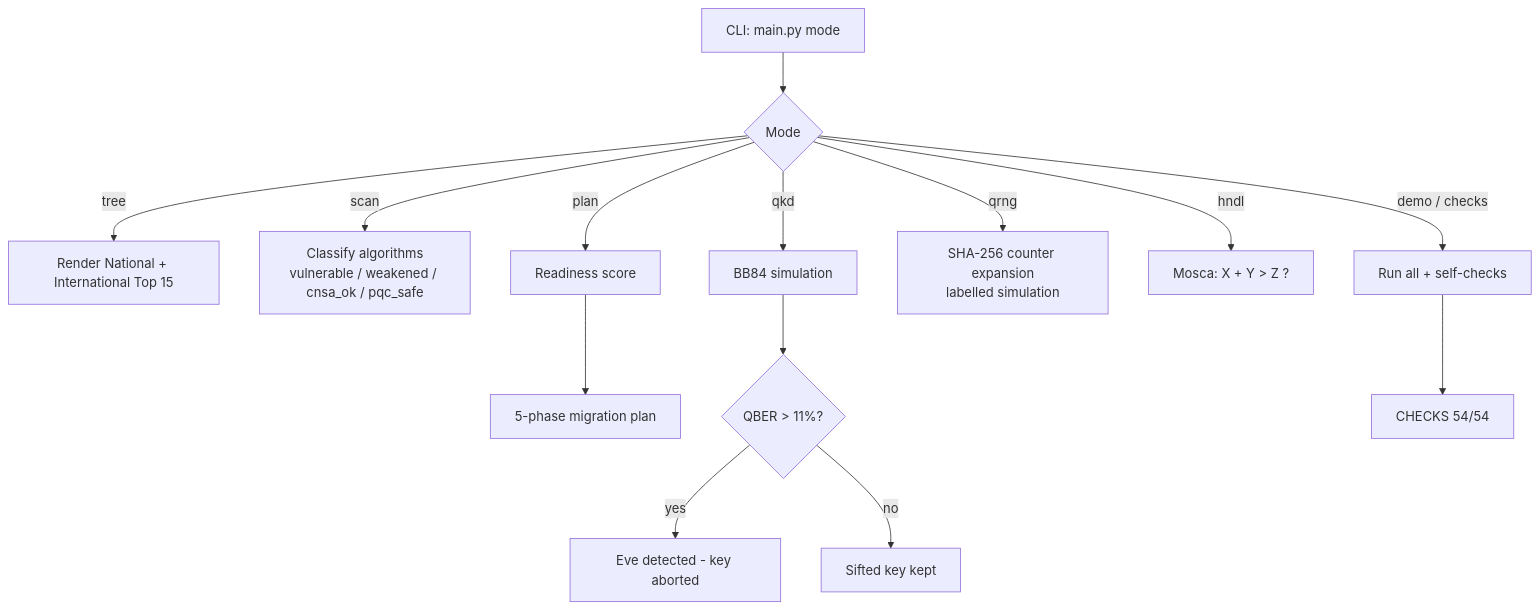
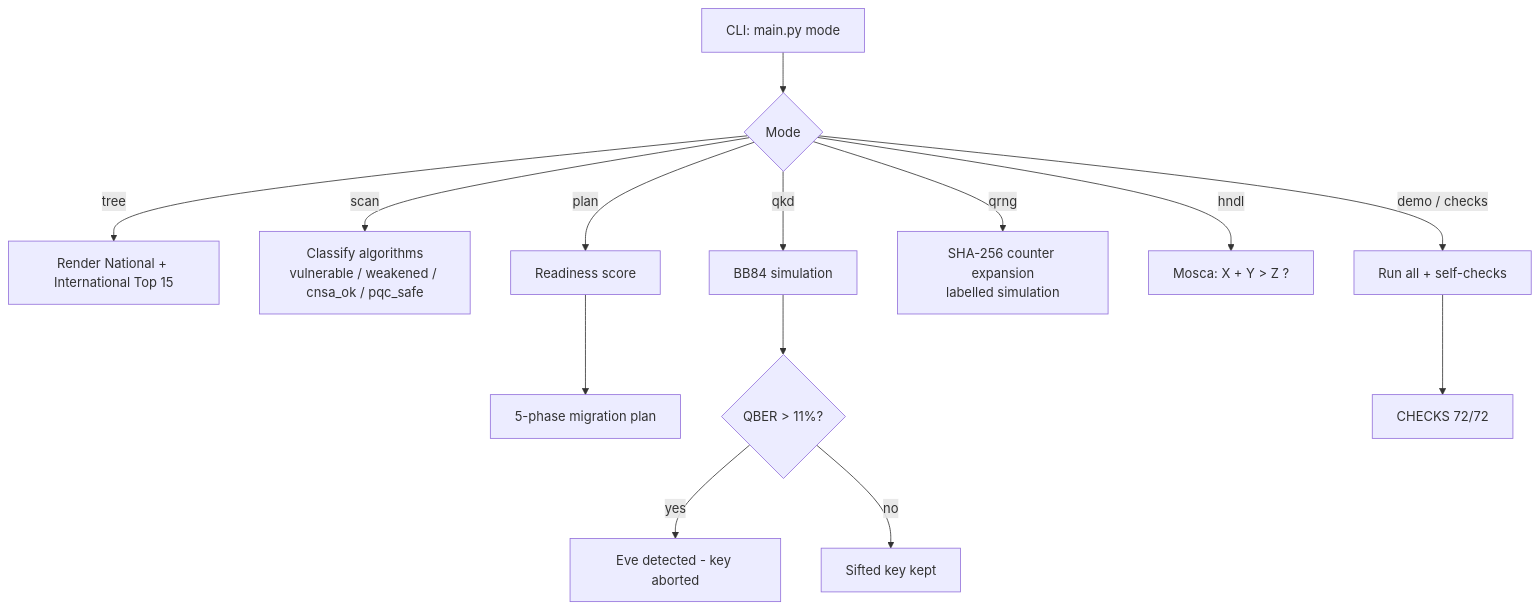
One commit to kimanicollier44-cmyk/ACD-QUANTUM changed the first of 2 diagrams in README.md. Above: the diagram before and after it, drawn with Mermaid. The commit also changed other lines of this file and 2 other files, not shown here.

````diff
--- a/README.md
+++ b/README.md
@@ -73,13 +77,13 @@
 ```mermaid
 flowchart TD
     A[CLI: main.py mode] --> B{Mode}
     B -->|tree| C[Render National + International Top 15]
     B -->|scan| D[Classify algorithms<br/>vulnerable / weakened / cnsa_ok / pqc_safe]
     B -->|plan| E[Readiness score] --> F[5-phase migration plan]
     B -->|qkd| G[BB84 simulation] --> H{QBER > 11%?}
     H -->|yes| I[Eve detected - key aborted]
     H -->|no| J[Sifted key kept]
     B -->|qrng| K[SHA-256 counter expansion<br/>labelled simulation]
     B -->|hndl| L[Mosca: X + Y > Z ?]
-    B -->|demo / checks| M[Run all + self-checks] --> N[CHECKS 54/54]
+    B -->|demo / checks| M[Run all + self-checks] --> N[CHECKS 72/72]
 ```
````
